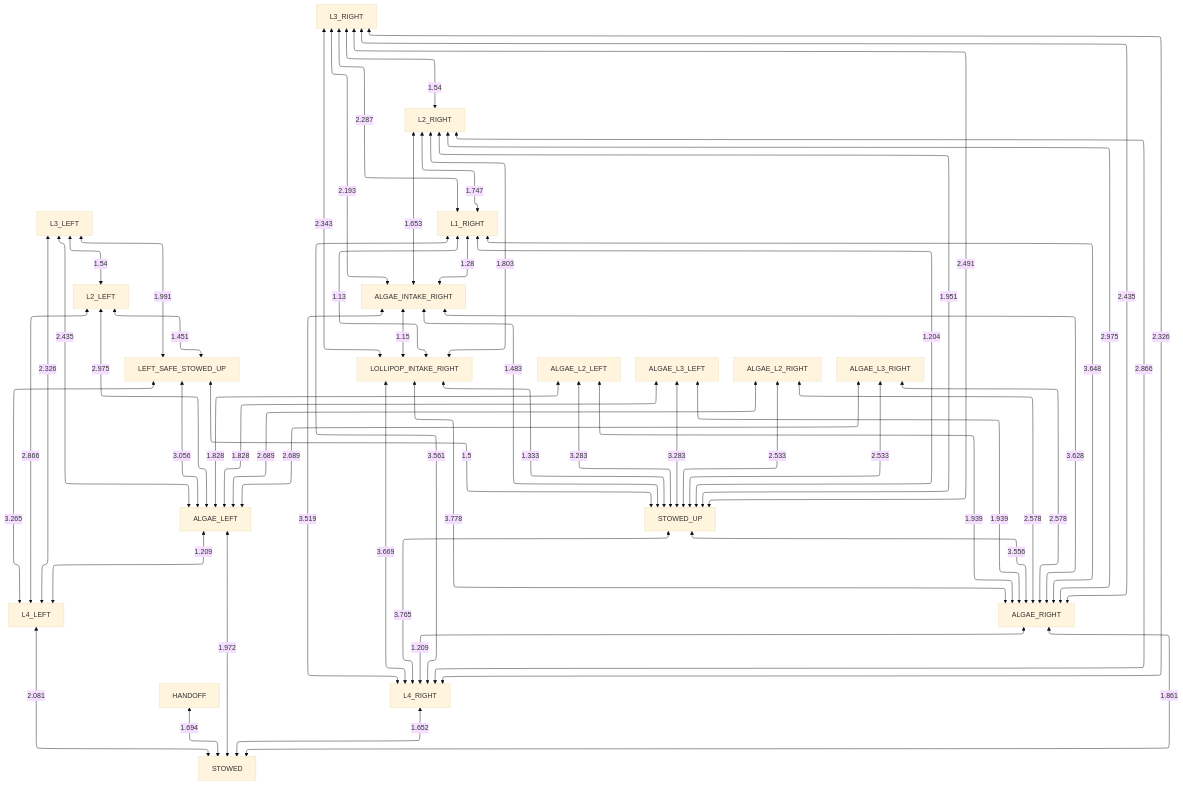
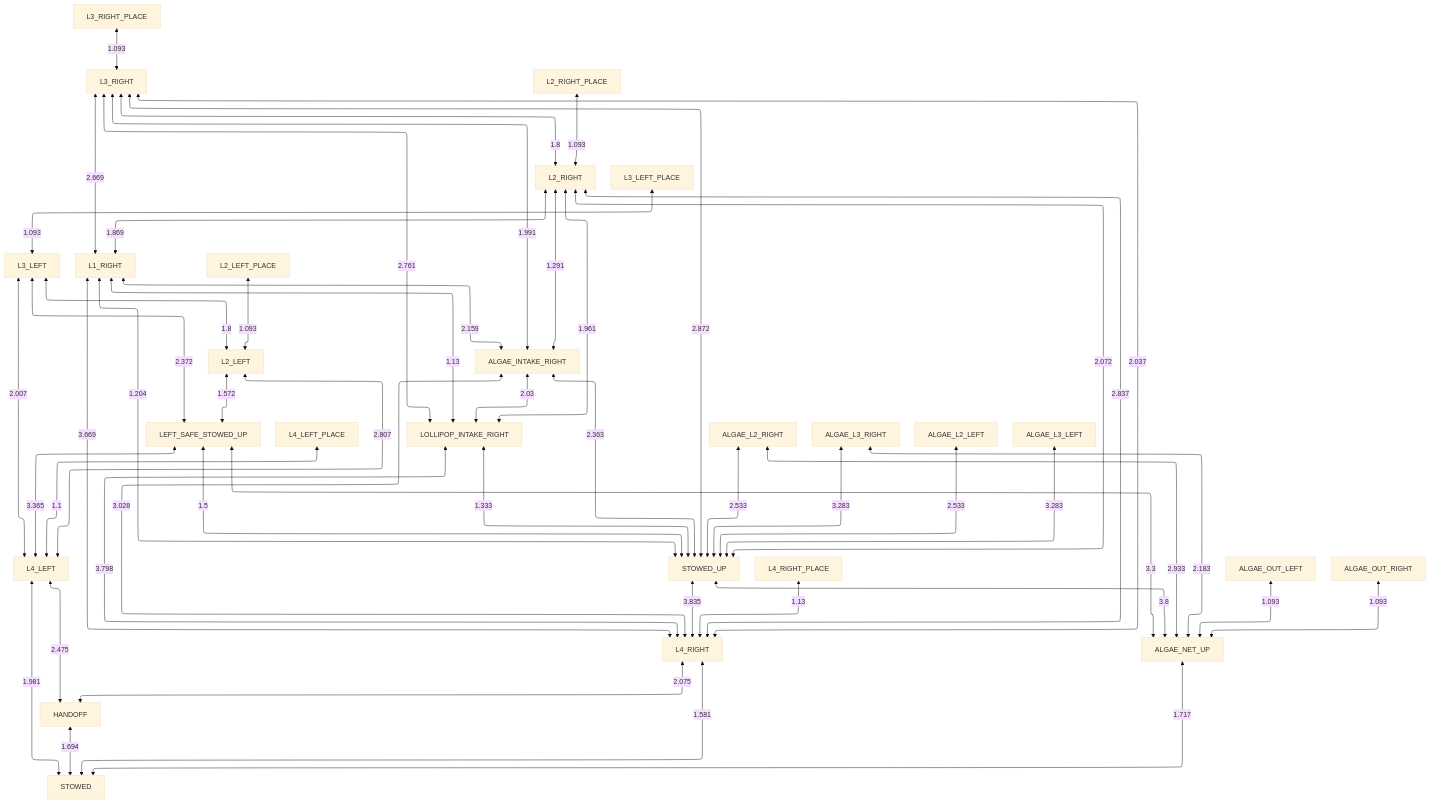
One commit to team581/offseason-2025-comp changed the diagram in docs/collision_avoidance/no_obstruction.md. Above: the diagram before and after it, drawn with Mermaid (base theme). The commit also changed 3 other files, not shown here.

Commit message:
Regenerate collision avoidance graph visualizations

````diff
--- a/docs/collision_avoidance/no_obstruction.md
+++ b/docs/collision_avoidance/no_obstruction.md
@@ -3,61 +3,55 @@
 ```mermaid
 %%{ init: { "flowchart": { "defaultRenderer": "elk" } } }%%
 graph TD
 
 HANDOFF <-- 1.694 --> STOWED
-L4_LEFT <-- 2.081 --> STOWED
-L4_RIGHT <-- 1.652 --> STOWED
-ALGAE_RIGHT <-- 1.861 --> STOWED
-ALGAE_LEFT <-- 1.972 --> STOWED
-LEFT_SAFE_STOWED_UP <-- 3.265 --> L4_LEFT
-L2_LEFT <-- 2.866 --> L4_LEFT
-L3_LEFT <-- 2.326 --> L4_LEFT
-ALGAE_LEFT <-- 1.209 --> L4_LEFT
-STOWED_UP <-- 3.765 --> L4_RIGHT
-ALGAE_INTAKE_RIGHT <-- 3.519 --> L4_RIGHT
-LOLLIPOP_INTAKE_RIGHT <-- 3.669 --> L4_RIGHT
-L1_RIGHT <-- 3.561 --> L4_RIGHT
-L2_RIGHT <-- 2.866 --> L4_RIGHT
-L3_RIGHT <-- 2.326 --> L4_RIGHT
-ALGAE_RIGHT <-- 1.209 --> L4_RIGHT
-STOWED_UP <-- 3.556 --> ALGAE_RIGHT
-ALGAE_L2_LEFT <-- 1.939 --> ALGAE_RIGHT
-ALGAE_L3_LEFT <-- 1.939 --> ALGAE_RIGHT
-ALGAE_INTAKE_RIGHT <-- 3.628 --> ALGAE_RIGHT
-LOLLIPOP_INTAKE_RIGHT <-- 3.778 --> ALGAE_RIGHT
-L1_RIGHT <-- 3.648 --> ALGAE_RIGHT
-L2_RIGHT <-- 2.975 --> ALGAE_RIGHT
-L3_RIGHT <-- 2.435 --> ALGAE_RIGHT
-ALGAE_L2_RIGHT <-- 2.578 --> ALGAE_RIGHT
-ALGAE_L3_RIGHT <-- 2.578 --> ALGAE_RIGHT
-LEFT_SAFE_STOWED_UP <-- 3.056 --> ALGAE_LEFT
-L2_LEFT <-- 2.975 --> ALGAE_LEFT
-L3_LEFT <-- 2.435 --> ALGAE_LEFT
-ALGAE_L2_LEFT <-- 1.828 --> ALGAE_LEFT
-ALGAE_L3_LEFT <-- 1.828 --> ALGAE_LEFT
-ALGAE_L2_RIGHT <-- 2.689 --> ALGAE_LEFT
-ALGAE_L3_RIGHT <-- 2.689 --> ALGAE_LEFT
+L4_LEFT <-- 1.981 --> STOWED
+L4_RIGHT <-- 1.581 --> STOWED
+ALGAE_NET_UP <-- 1.717 --> STOWED
+L4_LEFT <-- 2.475 --> HANDOFF
+L4_RIGHT <-- 2.075 --> HANDOFF
+LEFT_SAFE_STOWED_UP <-- 3.365 --> L4_LEFT
+L2_LEFT <-- 2.807 --> L4_LEFT
+L3_LEFT <-- 2.007 --> L4_LEFT
+L4_LEFT_PLACE <-- 1.1 --> L4_LEFT
+STOWED_UP <-- 3.835 --> L4_RIGHT
+ALGAE_INTAKE_RIGHT <-- 3.028 --> L4_RIGHT
+LOLLIPOP_INTAKE_RIGHT <-- 3.798 --> L4_RIGHT
+L1_RIGHT <-- 3.669 --> L4_RIGHT
+L2_RIGHT <-- 2.837 --> L4_RIGHT
+L3_RIGHT <-- 2.037 --> L4_RIGHT
+L4_RIGHT_PLACE <-- 1.13 --> L4_RIGHT
+LEFT_SAFE_STOWED_UP <-- 3.3 --> ALGAE_NET_UP
+STOWED_UP <-- 3.8 --> ALGAE_NET_UP
+ALGAE_OUT_LEFT <-- 1.093 --> ALGAE_NET_UP
+ALGAE_OUT_RIGHT <-- 1.093 --> ALGAE_NET_UP
+ALGAE_L2_RIGHT <-- 2.933 --> ALGAE_NET_UP
+ALGAE_L3_RIGHT <-- 2.183 --> ALGAE_NET_UP
 LEFT_SAFE_STOWED_UP <-- 1.5 --> STOWED_UP
 LOLLIPOP_INTAKE_RIGHT <-- 1.333 --> STOWED_UP
-ALGAE_INTAKE_RIGHT <-- 1.483 --> STOWED_UP
+ALGAE_INTAKE_RIGHT <-- 2.363 --> STOWED_UP
 L1_RIGHT <-- 1.204 --> STOWED_UP
-L2_RIGHT <-- 1.951 --> STOWED_UP
-L3_RIGHT <-- 2.491 --> STOWED_UP
-ALGAE_L2_LEFT <-- 3.283 --> STOWED_UP
+L2_RIGHT <-- 2.072 --> STOWED_UP
+L3_RIGHT <-- 2.872 --> STOWED_UP
+ALGAE_L2_LEFT <-- 2.533 --> STOWED_UP
 ALGAE_L2_RIGHT <-- 2.533 --> STOWED_UP
 ALGAE_L3_LEFT <-- 3.283 --> STOWED_UP
-ALGAE_L3_RIGHT <-- 2.533 --> STOWED_UP
-L2_LEFT <-- 1.451 --> LEFT_SAFE_STOWED_UP
-L3_LEFT <-- 1.991 --> LEFT_SAFE_STOWED_UP
-ALGAE_INTAKE_RIGHT <-- 1.15 --> LOLLIPOP_INTAKE_RIGHT
+ALGAE_L3_RIGHT <-- 3.283 --> STOWED_UP
+L2_LEFT <-- 1.572 --> LEFT_SAFE_STOWED_UP
+L3_LEFT <-- 2.372 --> LEFT_SAFE_STOWED_UP
+ALGAE_INTAKE_RIGHT <-- 2.03 --> LOLLIPOP_INTAKE_RIGHT
 L1_RIGHT <-- 1.13 --> LOLLIPOP_INTAKE_RIGHT
-L2_RIGHT <-- 1.803 --> LOLLIPOP_INTAKE_RIGHT
-L3_RIGHT <-- 2.343 --> LOLLIPOP_INTAKE_RIGHT
-L1_RIGHT <-- 1.28 --> ALGAE_INTAKE_RIGHT
-L2_RIGHT <-- 1.653 --> ALGAE_INTAKE_RIGHT
-L3_RIGHT <-- 2.193 --> ALGAE_INTAKE_RIGHT
-L3_LEFT <-- 1.54 --> L2_LEFT
-L2_RIGHT <-- 1.747 --> L1_RIGHT
-L3_RIGHT <-- 2.287 --> L1_RIGHT
-L3_RIGHT <-- 1.54 --> L2_RIGHT
+L2_RIGHT <-- 1.961 --> LOLLIPOP_INTAKE_RIGHT
+L3_RIGHT <-- 2.761 --> LOLLIPOP_INTAKE_RIGHT
+L1_RIGHT <-- 2.159 --> ALGAE_INTAKE_RIGHT
+L2_RIGHT <-- 1.291 --> ALGAE_INTAKE_RIGHT
+L3_RIGHT <-- 1.991 --> ALGAE_INTAKE_RIGHT
+L3_LEFT <-- 1.8 --> L2_LEFT
+L2_LEFT_PLACE <-- 1.093 --> L2_LEFT
+L3_LEFT_PLACE <-- 1.093 --> L3_LEFT
+L2_RIGHT <-- 1.869 --> L1_RIGHT
+L3_RIGHT <-- 2.669 --> L1_RIGHT
+L3_RIGHT <-- 1.8 --> L2_RIGHT
+L2_RIGHT_PLACE <-- 1.093 --> L2_RIGHT
+L3_RIGHT_PLACE <-- 1.093 --> L3_RIGHT
 ```
````
